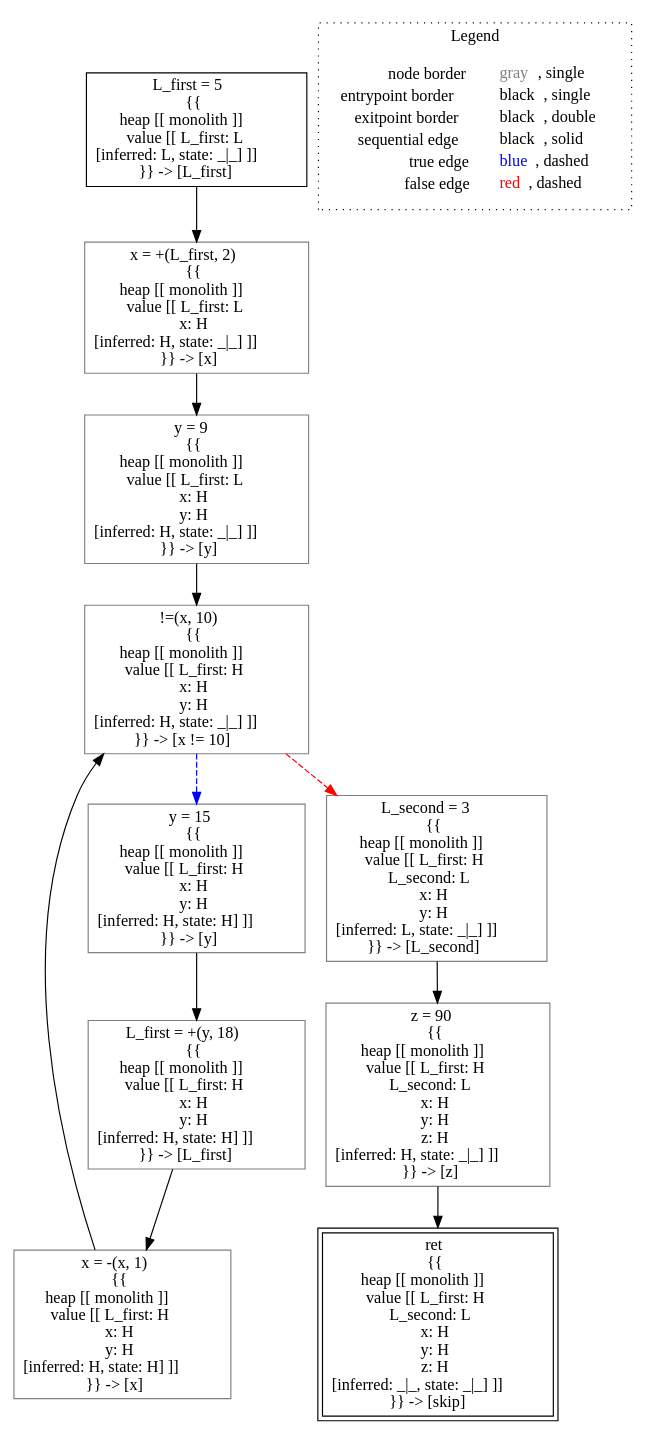
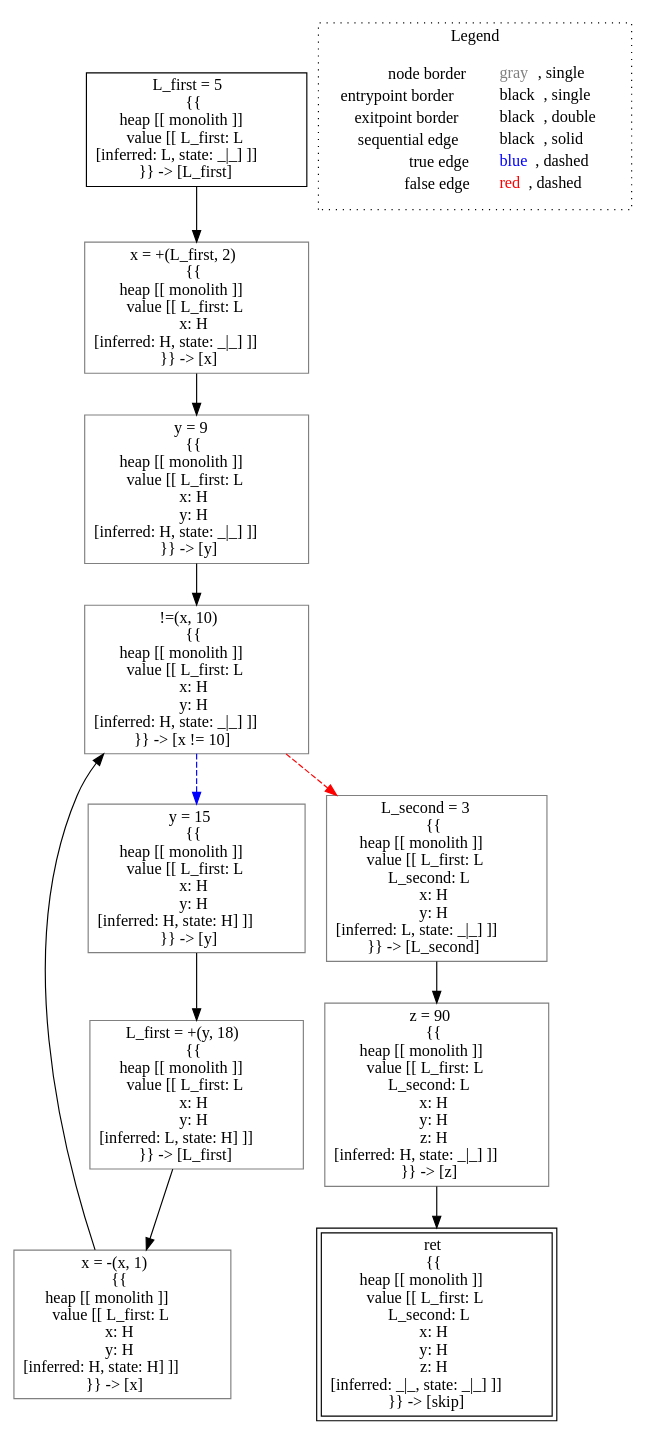
Before and after one commit to lisa-analyzer/lisa: the diagram in lisa/imp-testcases/non-interference/type-system/analysis___untyped_Test.afterLoop(Test_this).dot, drawn with Graphviz. The commit also changed 12 other files, not shown here.

```diff
--- a/lisa/imp-testcases/non-interference/type-system/analysis___untyped_Test.afterLoop(Test_this).dot
+++ b/lisa/imp-testcases/non-interference/type-system/analysis___untyped_Test.afterLoop(Test_this).dot
@@ -1,29 +1,29 @@
 digraph {
 	"node0" [shape="rect",color="black",label=<L_first = 5<BR/>{{<BR/>heap [[ monolith ]]<BR/>value [[ L_first: L<BR/>[inferred: L, state: _|_] ]]<BR/>}} -&gt; [L_first]>];
-	"node1" [shape="rect",color="gray",label=<x = +(L_first, 2)<BR/>{{<BR/>heap [[ monolith ]]<BR/>value [[ L_first: L<BR/>x: H<BR/>[inferred: H, state: _|_] ]]<BR/>}} -&gt; [x]>];
-	"node2" [shape="rect",color="gray",label=<y = 15<BR/>{{<BR/>heap [[ monolith ]]<BR/>value [[ L_first: H<BR/>x: H<BR/>y: H<BR/>[inferred: H, state: H] ]]<BR/>}} -&gt; [y]>];
-	"node3" [shape="rect",color="gray",label=<y = 9<BR/>{{<BR/>heap [[ monolith ]]<BR/>value [[ L_first: L<BR/>x: H<BR/>y: H<BR/>[inferred: H, state: _|_] ]]<BR/>}} -&gt; [y]>];
-	"node4" [shape="rect",color="gray",label=<z = 90<BR/>{{<BR/>heap [[ monolith ]]<BR/>value [[ L_first: H<BR/>L_second: L<BR/>x: H<BR/>y: H<BR/>z: H<BR/>[inferred: H, state: _|_] ]]<BR/>}} -&gt; [z]>];
-	"node5" [shape="rect",color="gray",label=<x = -(x, 1)<BR/>{{<BR/>heap [[ monolith ]]<BR/>value [[ L_first: H<BR/>x: H<BR/>y: H<BR/>[inferred: H, state: H] ]]<BR/>}} -&gt; [x]>];
-	"node6" [shape="rect",color="black",peripheries="2",label=<ret<BR/>{{<BR/>heap [[ monolith ]]<BR/>value [[ L_first: H<BR/>L_second: L<BR/>x: H<BR/>y: H<BR/>z: H<BR/>[inferred: _|_, state: _|_] ]]<BR/>}} -&gt; [skip]>];
-	"node7" [shape="rect",color="gray",label=<!=(x, 10)<BR/>{{<BR/>heap [[ monolith ]]<BR/>value [[ L_first: H<BR/>x: H<BR/>y: H<BR/>[inferred: H, state: _|_] ]]<BR/>}} -&gt; [x != 10]>];
-	"node8" [shape="rect",color="gray",label=<L_second = 3<BR/>{{<BR/>heap [[ monolith ]]<BR/>value [[ L_first: H<BR/>L_second: L<BR/>x: H<BR/>y: H<BR/>[inferred: L, state: _|_] ]]<BR/>}} -&gt; [L_second]>];
-	"node9" [shape="rect",color="gray",label=<L_first = +(y, 18)<BR/>{{<BR/>heap [[ monolith ]]<BR/>value [[ L_first: H<BR/>x: H<BR/>y: H<BR/>[inferred: H, state: H] ]]<BR/>}} -&gt; [L_first]>];
-	"node1" -> "node3" [color="black"];
-	"node2" -> "node9" [color="black"];
+	"node1" [shape="rect",color="gray",label=<x = -(x, 1)<BR/>{{<BR/>heap [[ monolith ]]<BR/>value [[ L_first: L<BR/>x: H<BR/>y: H<BR/>[inferred: H, state: H] ]]<BR/>}} -&gt; [x]>];
+	"node2" [shape="rect",color="gray",label=<!=(x, 10)<BR/>{{<BR/>heap [[ monolith ]]<BR/>value [[ L_first: L<BR/>x: H<BR/>y: H<BR/>[inferred: H, state: _|_] ]]<BR/>}} -&gt; [x != 10]>];
+	"node3" [shape="rect",color="gray",label=<y = 15<BR/>{{<BR/>heap [[ monolith ]]<BR/>value [[ L_first: L<BR/>x: H<BR/>y: H<BR/>[inferred: H, state: H] ]]<BR/>}} -&gt; [y]>];
+	"node4" [shape="rect",color="gray",label=<y = 9<BR/>{{<BR/>heap [[ monolith ]]<BR/>value [[ L_first: L<BR/>x: H<BR/>y: H<BR/>[inferred: H, state: _|_] ]]<BR/>}} -&gt; [y]>];
+	"node5" [shape="rect",color="black",peripheries="2",label=<ret<BR/>{{<BR/>heap [[ monolith ]]<BR/>value [[ L_first: L<BR/>L_second: L<BR/>x: H<BR/>y: H<BR/>z: H<BR/>[inferred: _|_, state: _|_] ]]<BR/>}} -&gt; [skip]>];
+	"node6" [shape="rect",color="gray",label=<x = +(L_first, 2)<BR/>{{<BR/>heap [[ monolith ]]<BR/>value [[ L_first: L<BR/>x: H<BR/>[inferred: H, state: _|_] ]]<BR/>}} -&gt; [x]>];
+	"node7" [shape="rect",color="gray",label=<L_first = +(y, 18)<BR/>{{<BR/>heap [[ monolith ]]<BR/>value [[ L_first: L<BR/>x: H<BR/>y: H<BR/>[inferred: L, state: H] ]]<BR/>}} -&gt; [L_first]>];
+	"node8" [shape="rect",color="gray",label=<L_second = 3<BR/>{{<BR/>heap [[ monolith ]]<BR/>value [[ L_first: L<BR/>L_second: L<BR/>x: H<BR/>y: H<BR/>[inferred: L, state: _|_] ]]<BR/>}} -&gt; [L_second]>];
+	"node9" [shape="rect",color="gray",label=<z = 90<BR/>{{<BR/>heap [[ monolith ]]<BR/>value [[ L_first: L<BR/>L_second: L<BR/>x: H<BR/>y: H<BR/>z: H<BR/>[inferred: H, state: _|_] ]]<BR/>}} -&gt; [z]>];
+	"node1" -> "node2" [color="black"];
+	"node0" -> "node6" [color="black"];
+	"node2" -> "node3" [color="blue",style="dashed"];
+	"node2" -> "node8" [color="red",style="dashed"];
 	"node3" -> "node7" [color="black"];
-	"node4" -> "node6" [color="black"];
-	"node5" -> "node7" [color="black"];
-	"node0" -> "node1" [color="black"];
-	"node7" -> "node2" [color="blue",style="dashed"];
-	"node7" -> "node8" [color="red",style="dashed"];
-	"node8" -> "node4" [color="black"];
+	"node4" -> "node2" [color="black"];
+	"node6" -> "node4" [color="black"];
+	"node7" -> "node1" [color="black"];
+	"node8" -> "node9" [color="black"];
 	"node9" -> "node5" [color="black"];
 subgraph cluster_legend {
 	label="Legend";
 	style=dotted;
 	node [shape=plaintext];
 	"legend" [label=<<table border="0" cellpadding="2" cellspacing="0" cellborder="0"><tr><td align="right">node border&nbsp;</td><td align="left"><font color="gray">gray</font>, single</td></tr><tr><td align="right">entrypoint border&nbsp;</td><td align="left"><font color="black">black</font>, single</td></tr><tr><td align="right">exitpoint border&nbsp;</td><td align="left"><font color="black">black</font>, double</td></tr><tr><td align="right">sequential edge&nbsp;</td><td align="left"><font color="black">black</font>, solid</td></tr><tr><td align="right">true edge&nbsp;</td><td align="left"><font color="blue">blue</font>, dashed</td></tr><tr><td align="right">false edge&nbsp;</td><td align="left"><font color="red">red</font>, dashed</td></tr></table>>];
 }
 
 }
```
